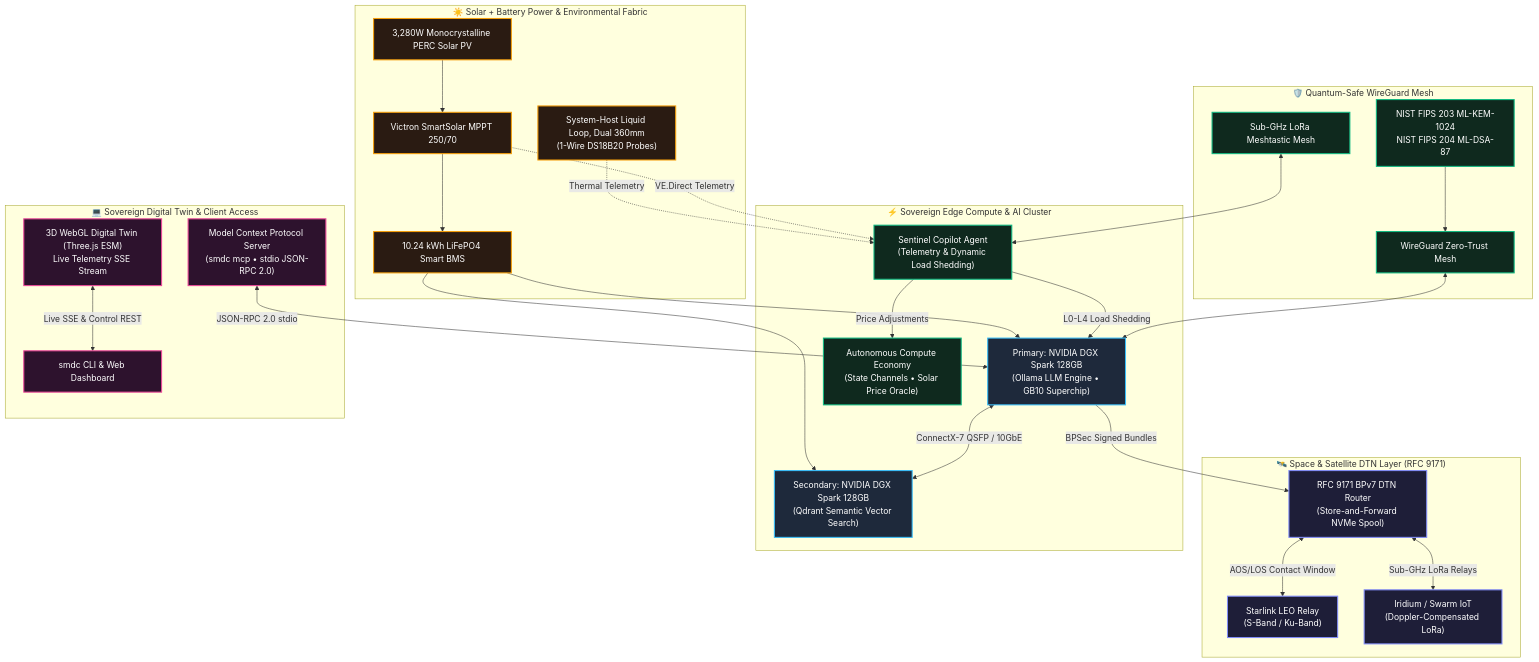
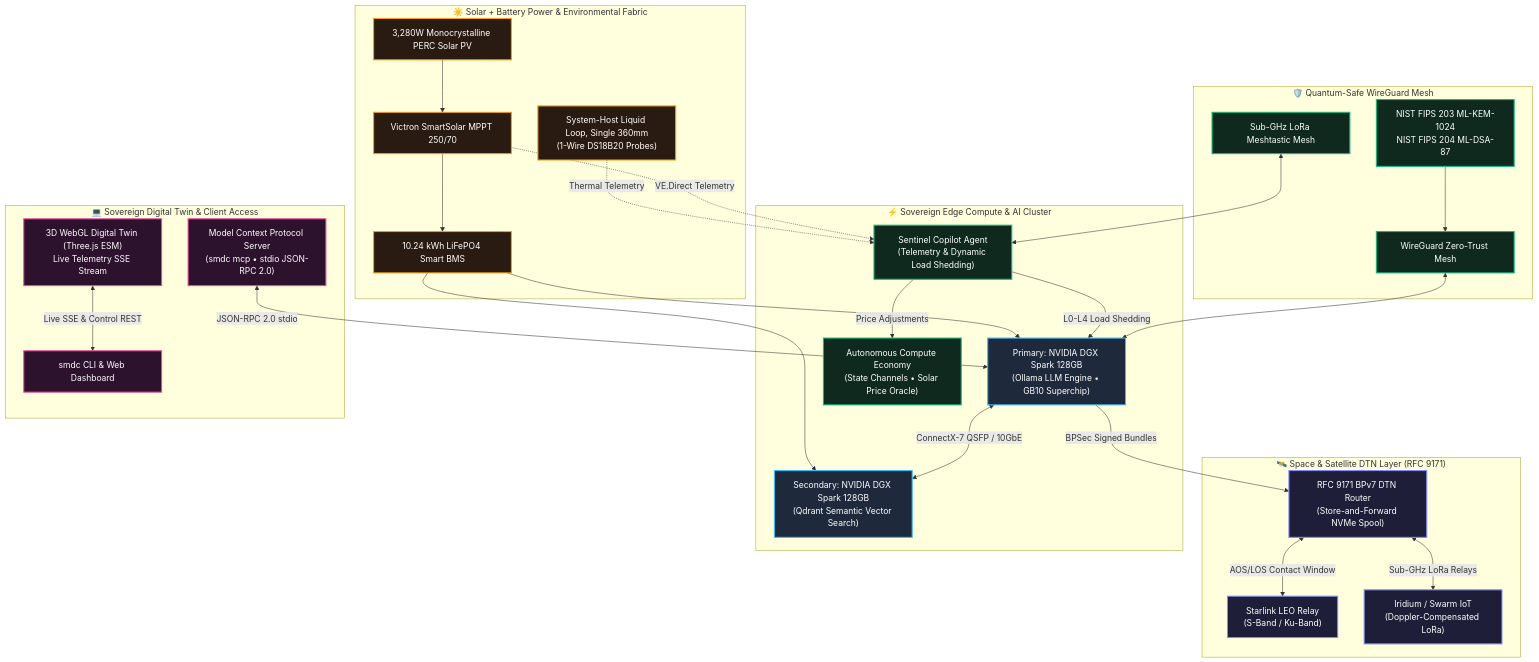
The diagram in README.md (iliachry/sovereign-mini-datacenter), drawn with Mermaid before and after one commit. The commit also changed other lines of this file and 12 other files, not shown here.

First line of the commit message:
fix(commercial): DGX Spark at NVIDIA's $6,950, $31,500 list price, right-sized host cooling, re-modelled EBITDA

````diff
--- a/README.md
+++ b/README.md
@@ -45,60 +45,60 @@
 ```mermaid
 graph TD
     classDef space fill:#1e1e38,stroke:#818cf8,stroke-width:2px,color:#fff;
     classDef compute fill:#1e293b,stroke:#38bdf8,stroke-width:2px,color:#fff;
     classDef power fill:#2a1b12,stroke:#f59e0b,stroke-width:2px,color:#fff;
     classDef secure fill:#0f291e,stroke:#10b981,stroke-width:2px,color:#fff;
     classDef client fill:#2d122d,stroke:#ec4899,stroke-width:2px,color:#fff;
 
     subgraph SpaceLayer["🛰️ Space & Satellite DTN Layer (RFC 9171)"]
         Sat1["Starlink LEO Relay<br/>(S-Band / Ku-Band)"]:::space
         Sat2["Iridium / Swarm IoT<br/>(Doppler-Compensated LoRa)"]:::space
         DTNRouter["RFC 9171 BPv7 DTN Router<br/>(Store-and-Forward NVMe Spool)"]:::space
     end
 
     subgraph EnergyLayer["☀️ Solar + Battery Power & Environmental Fabric"]
         Solar["3,280W Monocrystalline PERC Solar PV"]:::power
         MPPT["Victron SmartSolar MPPT 250/70"]:::power
         Battery["10.24 kWh LiFePO4 Smart BMS"]:::power
-        Cooling["System-Host Liquid Loop, Dual 360mm<br/>(1-Wire DS18B20 Probes)"]:::power
+        Cooling["System-Host Liquid Loop, Single 360mm<br/>(1-Wire DS18B20 Probes)"]:::power
     end
 
     subgraph ComputeStack["⚡ Sovereign Edge Compute & AI Cluster"]
         Spark1["Primary: NVIDIA DGX Spark 128GB<br/>(Ollama LLM Engine • GB10 Superchip)"]:::compute
         Spark2["Secondary: NVIDIA DGX Spark 128GB<br/>(Qdrant Semantic Vector Search)"]:::compute
         Sentinel["Sentinel Copilot Agent<br/>(Telemetry & Dynamic Load Shedding)"]:::secure
         Economy["Autonomous Compute Economy<br/>(State Channels • Solar Price Oracle)"]:::secure
     end
 
     subgraph SecurityMesh["🛡️ Quantum-Safe WireGuard Mesh"]
         PQC["NIST FIPS 203 ML-KEM-1024<br/>NIST FIPS 204 ML-DSA-87"]:::secure
         WireGuard["WireGuard Zero-Trust Mesh"]:::secure
         LoRaMesh["Sub-GHz LoRa Meshtastic Mesh"]:::secure
     end
 
     subgraph ClientAccess["💻 Sovereign Digital Twin & Client Access"]
         WebTwin["3D WebGL Digital Twin (Three.js ESM)<br/>Live Telemetry SSE Stream"]:::client
         MCP["Model Context Protocol Server<br/>(smdc mcp • stdio JSON-RPC 2.0)"]:::client
         OpsConsole["smdc CLI & Web Dashboard"]:::client
     end
 
     Solar --> MPPT --> Battery
     Battery --> Spark1
     Battery --> Spark2
     Cooling -.->|"Thermal Telemetry"| Sentinel
     MPPT -.->|"VE.Direct Telemetry"| Sentinel
     Sentinel -->|"L0-L4 Load Shedding"| Spark1
     Sentinel -->|"Price Adjustments"| Economy
 
     Spark1 <-->|"ConnectX-7 QSFP / 10GbE"| Spark2
     Spark1 -->|"BPSec Signed Bundles"| DTNRouter
     DTNRouter <-->|"AOS/LOS Contact Window"| Sat1
     DTNRouter <-->|"Sub-GHz LoRa Relays"| Sat2
 
     PQC --> WireGuard
     WireGuard <--> Spark1
     LoRaMesh <--> Sentinel
 
     WebTwin <-->|"Live SSE & Control REST"| OpsConsole
     MCP <-->|"JSON-RPC 2.0 stdio"| Spark1
 ```
````
